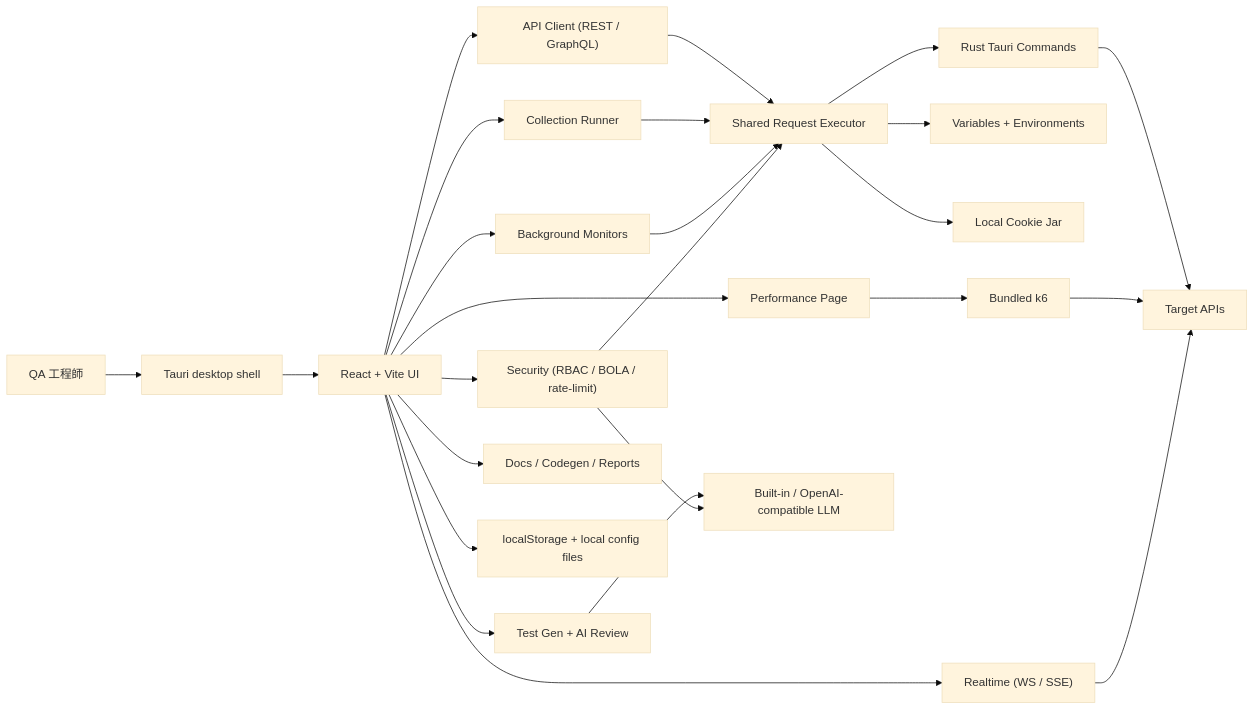
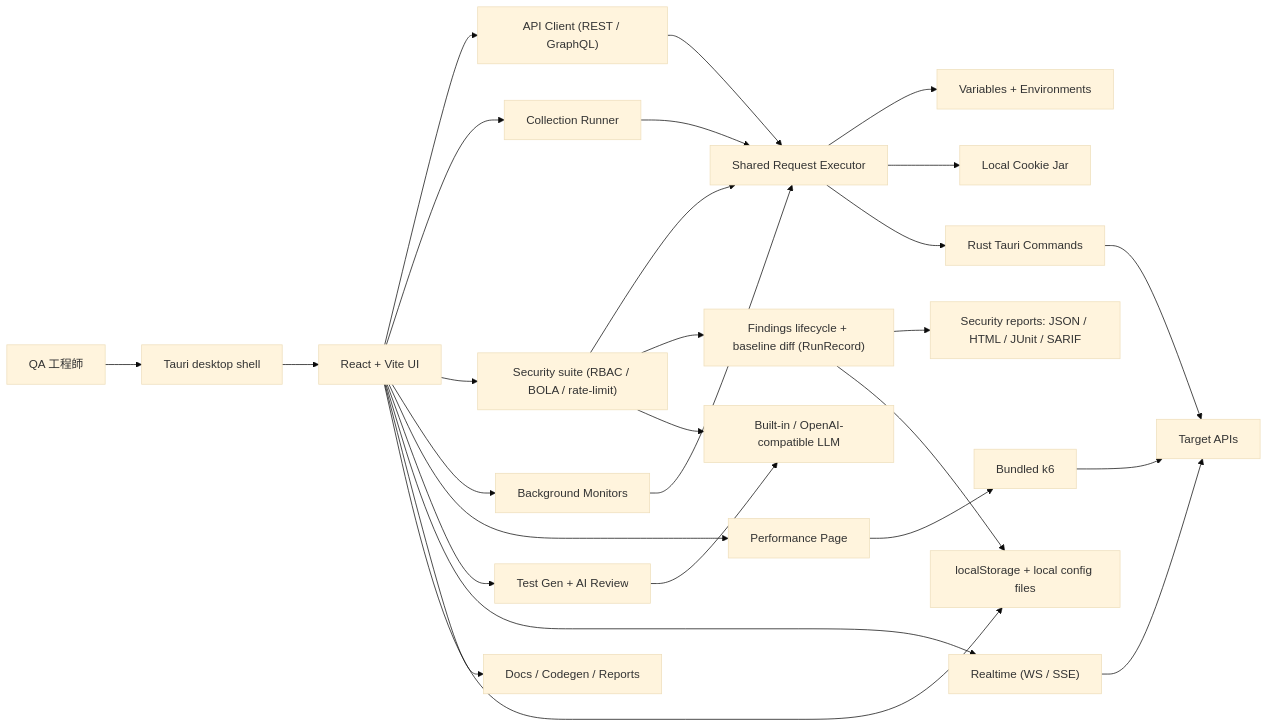
Before and after one commit to asdfghj1237890/qa-touchstone: the diagram in README.zh-TW.md, drawn with Mermaid (base theme). The commit also changed other lines of this file and 1 other file, not shown here.

Commit message:
docs(readme): document unified suite run + security report artifacts
Architecture diagram gains the Security suite -> Findings lifecycle ->
Security reports (JSON/HTML/JUnit/SARIF) flow. Feature list adds the
unified "Run full security suite" and the report/artifact export with
redaction policy. Bilingual (en + zh-TW).

````diff
--- a/README.zh-TW.md
+++ b/README.zh-TW.md
@@ -85,32 +91,36 @@
 ```mermaid
 flowchart LR
   User["QA 工程師"] --> Shell["Tauri desktop shell"]
   Shell --> UI["React + Vite UI"]
 
   UI --> Client["API Client (REST / GraphQL)"]
   UI --> Runner["Collection Runner"]
-  UI --> Security["Security (RBAC / BOLA / rate-limit)"]
+  UI --> Security["Security suite (RBAC / BOLA / rate-limit)"]
   UI --> Monitors["Background Monitors"]
   UI --> Perf["Performance Page"]
   UI --> AI["Test Gen + AI Review"]
   UI --> Realtime["Realtime (WS / SSE)"]
   UI --> Docs["Docs / Codegen / Reports"]
 
   Client --> Executor["Shared Request Executor"]
   Runner --> Executor
   Monitors --> Executor
   Security --> Executor
+
+  Security --> Findings["Findings lifecycle + baseline diff (RunRecord)"]
+  Findings --> Reports["Security reports: JSON / HTML / JUnit / SARIF"]
 
   Executor --> Vars["Variables + Environments"]
   Executor --> Cookies["Local Cookie Jar"]
   Executor --> Rust["Rust Tauri Commands"]
   Rust --> APIs["Target APIs"]
 
   Perf --> K6["Bundled k6"]
   K6 --> APIs
   Realtime --> APIs
 
   AI --> LLM["Built-in / OpenAI-compatible LLM"]
   Security --> LLM
-  UI --> Storage["localStorage + local config files"]
+  Findings --> Storage["localStorage + local config files"]
+  UI --> Storage
 ```
````
